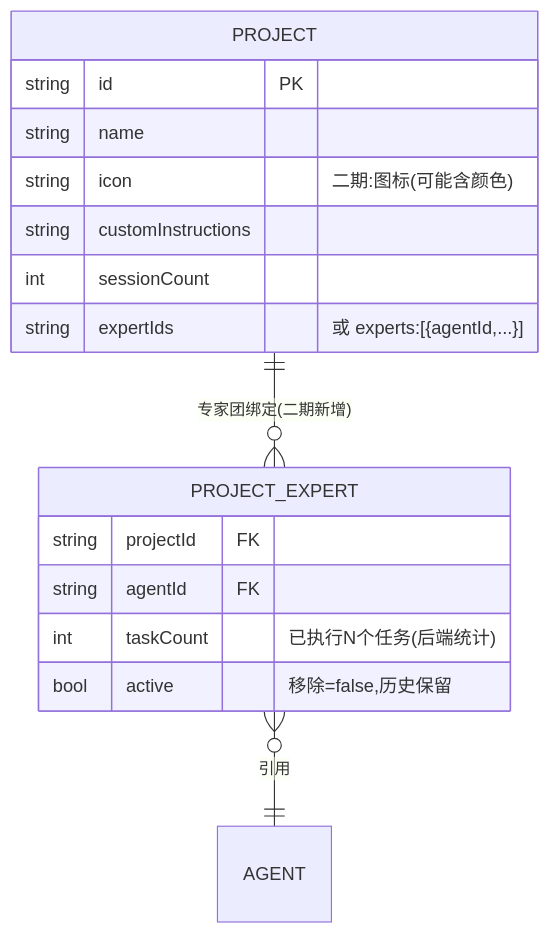
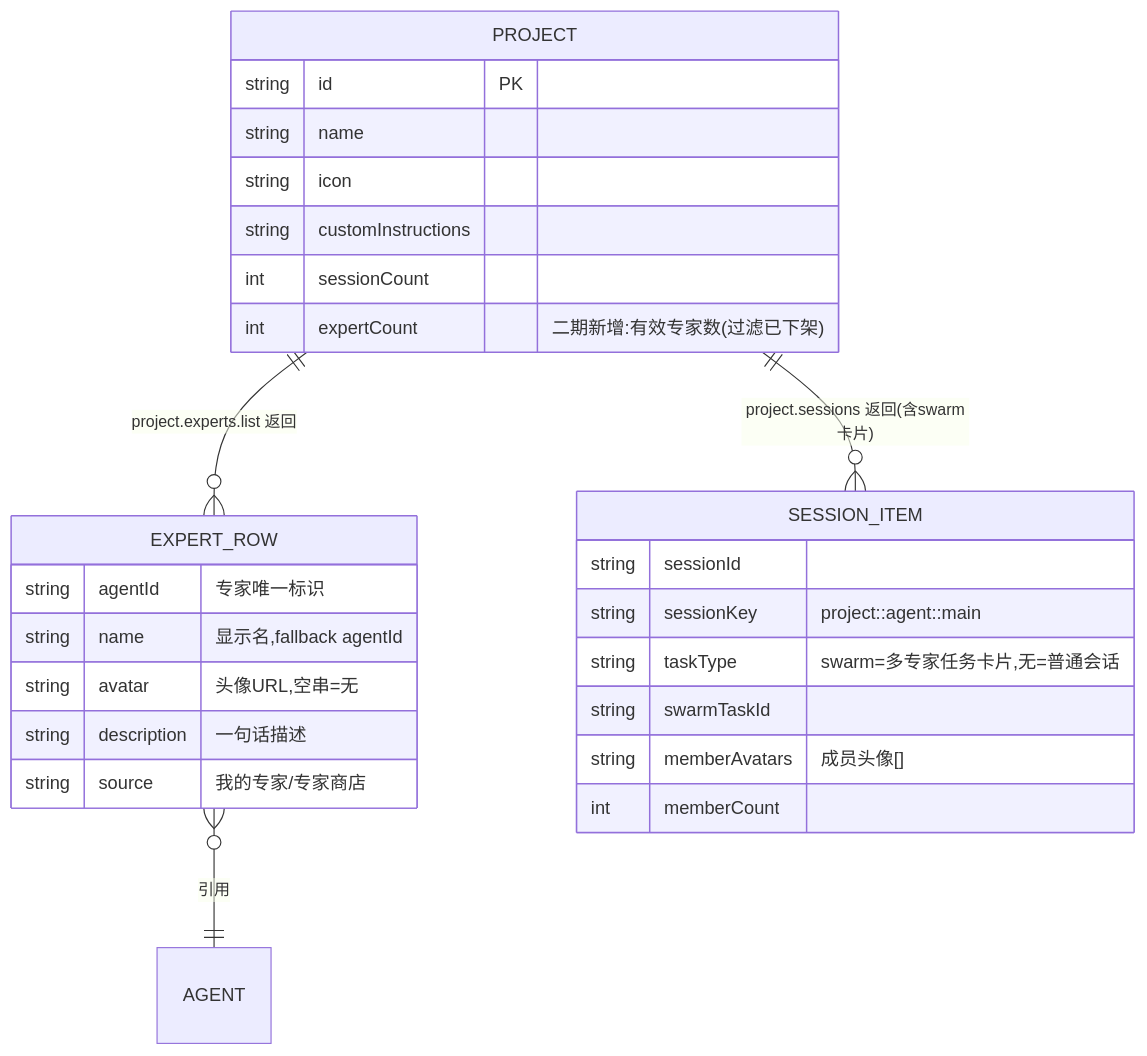
One commit to Wlx682/AI-Work-Kit changed the second of 4 diagrams in Plans/客户端技术方案/2026-06-29-纳米Work-项目二期-项目内专家团.md. Above: the diagram before and after it, drawn with Mermaid. The commit also changed other lines of this file and 25 other files, not shown here.

````diff
--- a/Plans/客户端技术方案/2026-06-29-纳米Work-项目二期-项目内专家团.md
+++ b/Plans/客户端技术方案/2026-06-29-纳米Work-项目二期-项目内专家团.md
@@ -128,20 +130,29 @@
 ```mermaid
 erDiagram
-  PROJECT ||--o{ PROJECT_EXPERT : "专家团绑定(二期新增)"
-  PROJECT_EXPERT }o--|| AGENT : 引用
+  PROJECT ||--o{ EXPERT_ROW : "project.experts.list 返回"
+  EXPERT_ROW }o--|| AGENT : 引用
+  PROJECT ||--o{ SESSION_ITEM : "project.sessions 返回(含swarm卡片)"
   PROJECT {
     string id PK
     string name
-    string icon "二期:图标(可能含颜色)"
+    string icon
     string customInstructions
     int sessionCount
-    %% 二期新增(待后端确认字段名/结构) ↓
-    string expertIds "或 experts:[{agentId,...}]"
+    int expertCount "二期新增:有效专家数(过滤已下架)"
   }
-  PROJECT_EXPERT {
-    string projectId FK
-    string agentId FK
-    int taskCount "已执行N个任务(后端统计)"
-    bool active "移除=false,历史保留"
+  EXPERT_ROW {
+    string agentId "专家唯一标识"
+    string name "显示名,fallback agentId"
+    string avatar "头像URL,空串=无"
+    string description "一句话描述"
+    string source "我的专家/专家商店"
+  }
+  SESSION_ITEM {
+    string sessionId
+    string sessionKey "project:<pid>:agent:<aid>:main"
+    string taskType "swarm=多专家任务卡片,无=普通会话"
+    string swarmTaskId
+    string memberAvatars "成员头像[]"
+    int memberCount
   }
 ```
````
